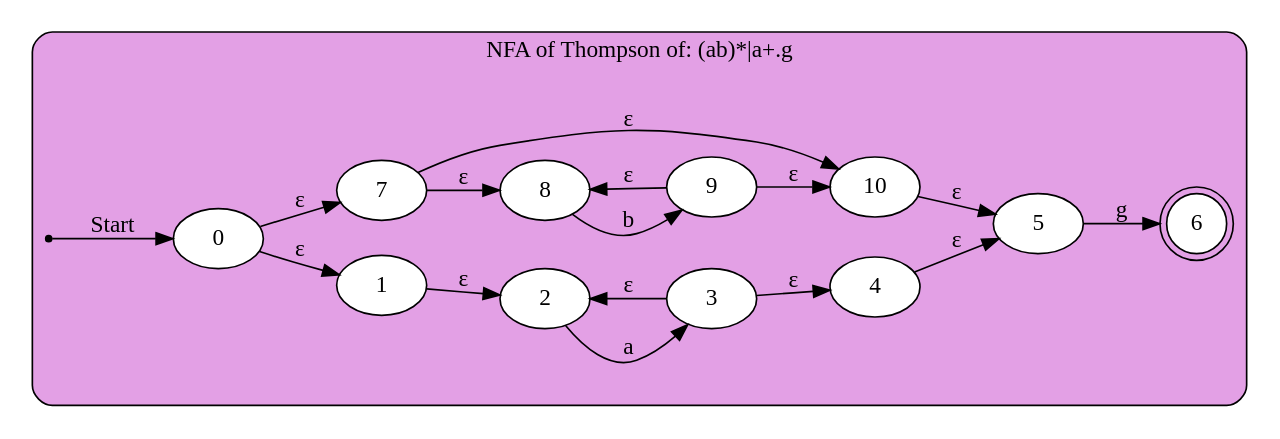
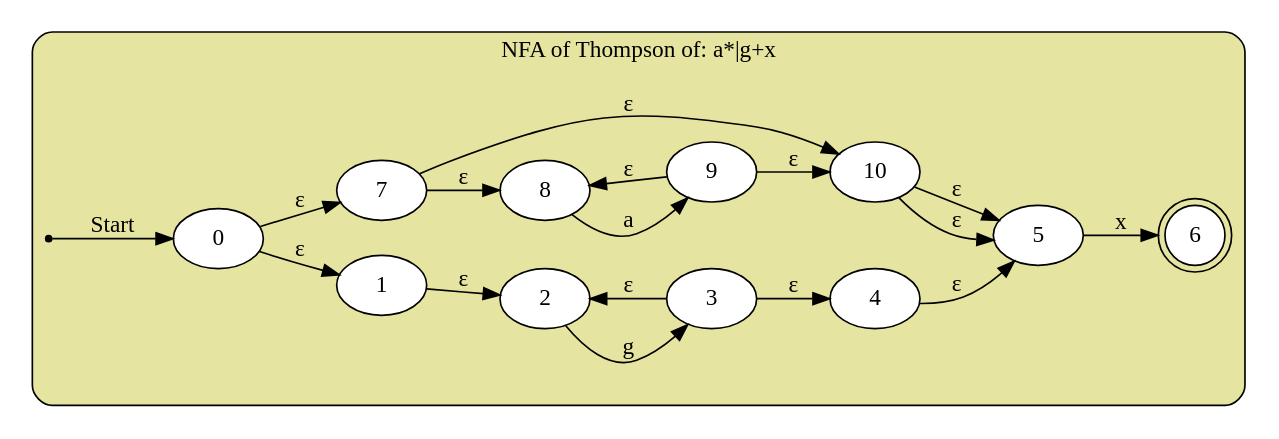
The diagram in Compiladores/NFA.dot (Andresrodart/Practicas), drawn with Graphviz before and after one commit. The commit also changed 8 other files, not shown here.

```diff
--- a/Compiladores/NFA.dot
+++ b/Compiladores/NFA.dot
@@ -1,27 +1,28 @@
 digraph finite_state_machine{
     rankdir=LR;
     subgraph cluster{
         style = "rounded,filled";
         color = "#000000";
-        fillcolor = "0.828 0.3 0.9";
+        fillcolor = "0.164 0.3 0.9";
         node [shape = point ] qi;
         node [style = "rounded,filled", color = "#000000", fillcolor = white, shape = doublecircle] 6;
         node [style = "rounded,filled", color = "#000000", fillcolor = white, shape="oval"];
         qi -> 0 [ label = "Start" ];
 	0 -> 1 [ label = "&epsilon;" ];
 	0 -> 7 [ label = "&epsilon;" ];
 	1 -> 2 [ label = "&epsilon;" ];
-	2 -> 3 [ label = "a" ];
+	2 -> 3 [ label = "g" ];
 	3 -> 4 [ label = "&epsilon;" ];
 	3 -> 2 [ label = "&epsilon;" ];
 	4 -> 5 [ label = "&epsilon;" ];
-	5 -> 6 [ label = "g" ];
+	5 -> 6 [ label = "x" ];
 	7 -> 8 [ label = "&epsilon;" ];
 	7 -> 10 [ label = "&epsilon;" ];
-	8 -> 9 [ label = "b" ];
+	8 -> 9 [ label = "a" ];
 	9 -> 10 [ label = "&epsilon;" ];
 	9 -> 8 [ label = "&epsilon;" ];
 	10 -> 5 [ label = "&epsilon;" ];
-	label = "NFA of Thompson of: (ab)*|a+.g";
+	10 -> 5 [ label = "&epsilon;" ];
+	label = "NFA of Thompson of: a*|g+x";
     }
 }
```
